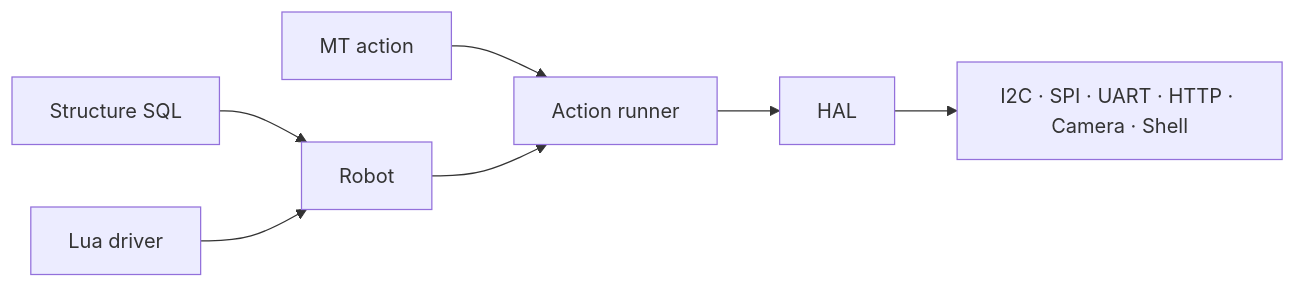
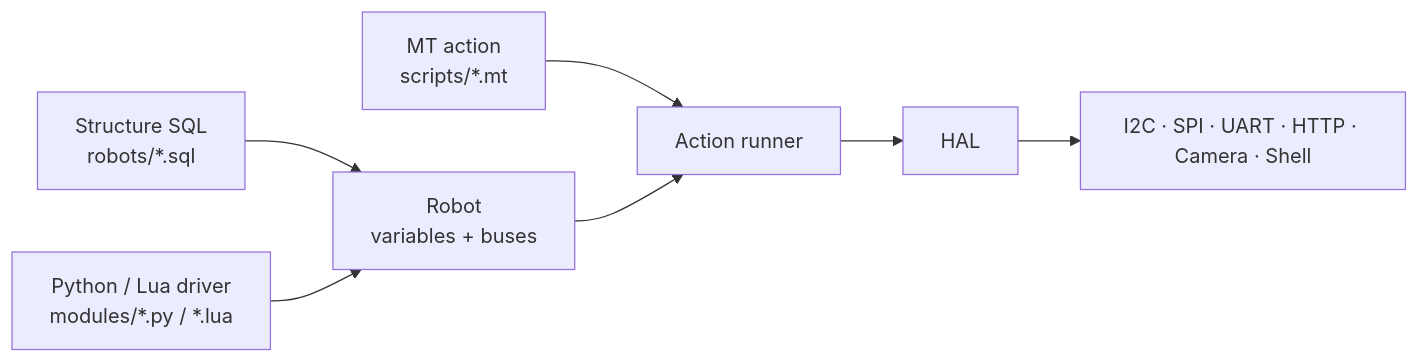
Before and after one commit to gopsc/mybot: the diagram in docs/README.en.md, drawn with Mermaid. The commit also changed other lines of this file, not shown here.

````diff
--- a/docs/README.en.md
+++ b/docs/README.en.md
@@ -60,8 +110,9 @@
 ```mermaid
 flowchart LR
-    SQL["Structure SQL"] --> ROBOT["Robot"]
-    LUA["Lua driver"] --> ROBOT
-    MT["MT action"] --> RUNNER["Action runner"]
-    ROBOT --> RUNNER --> HAL
+    SQL["Structure SQL<br/>robots/*.sql"] --> ROBOT["Robot<br/>variables + buses"]
+    DRIVER["Python / Lua driver<br/>modules/*.py / *.lua"] --> ROBOT
+    MT["MT action<br/>scripts/*.mt"] --> RUNNER["Action runner"]
+    ROBOT --> RUNNER
+    RUNNER --> HAL["HAL"]
     HAL --> DEV["I2C · SPI · UART · HTTP · Camera · Shell"]
 ```
````
